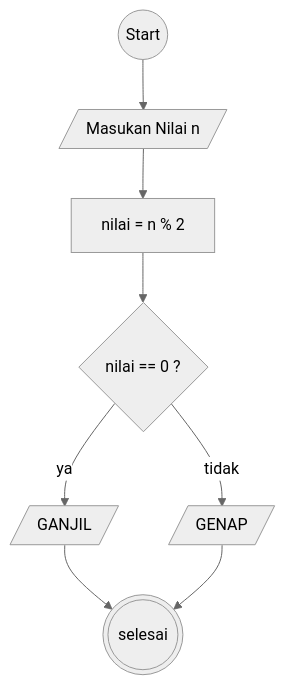
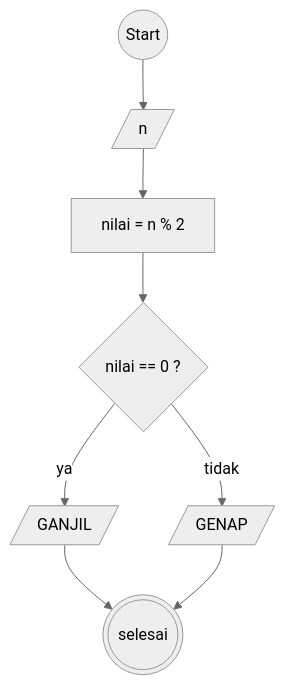
Before and after one commit to Farhan-dev-dot/koda-b10-algoritma: the diagram in README.md, drawn with Mermaid (neutral theme). The commit also changed other lines of this file, not shown here.

````diff
--- a/README.md
+++ b/README.md
@@ -45,24 +37,24 @@
 ```mermaid
 
 
 flowchart TD
 
 A@{ shape: circle, label: "Start" }
-B[/Masukan Nilai n /]
+B[/n/]
 C[nilai = n % 2]
 D{nilai == 0 ? }
 E[/GENAP/]
 F[/GANJIL/]
 G(((selesai)))
 
 A-->B
 B-->C
 C-->D
 D--ya-->F
 D--tidak-->E
 F-->G
 E-->G
 
 
 
 ```
````
